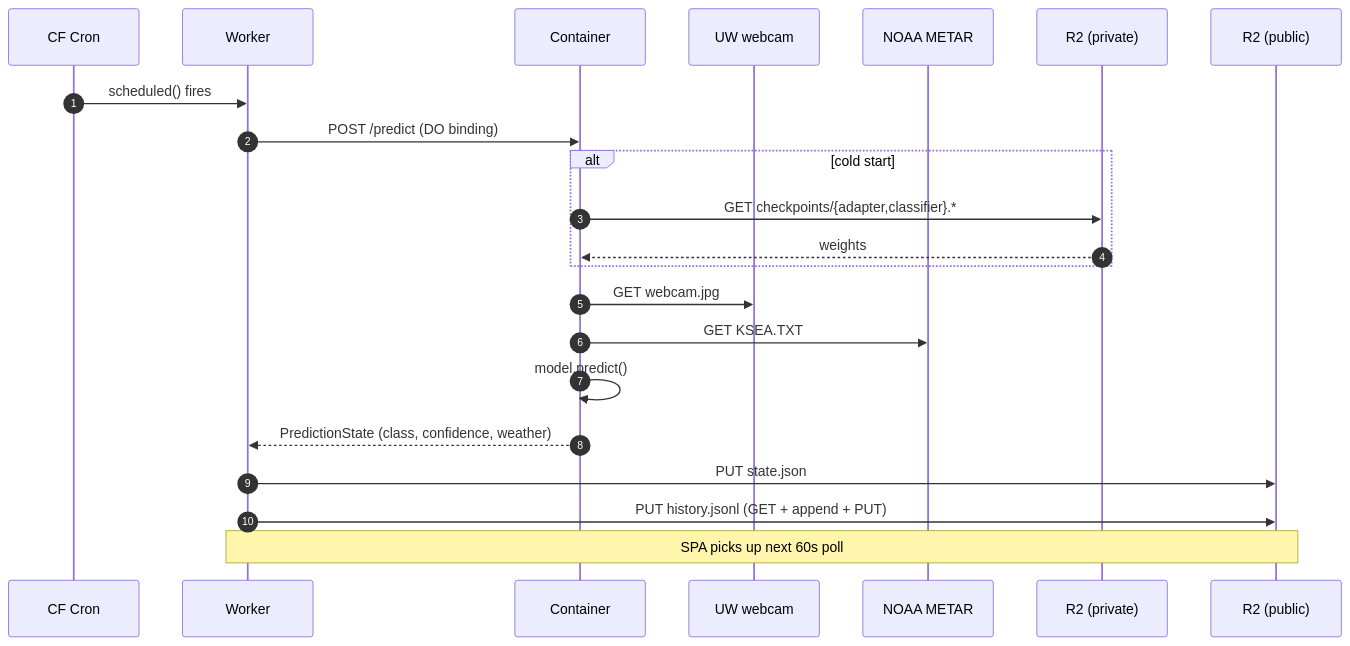
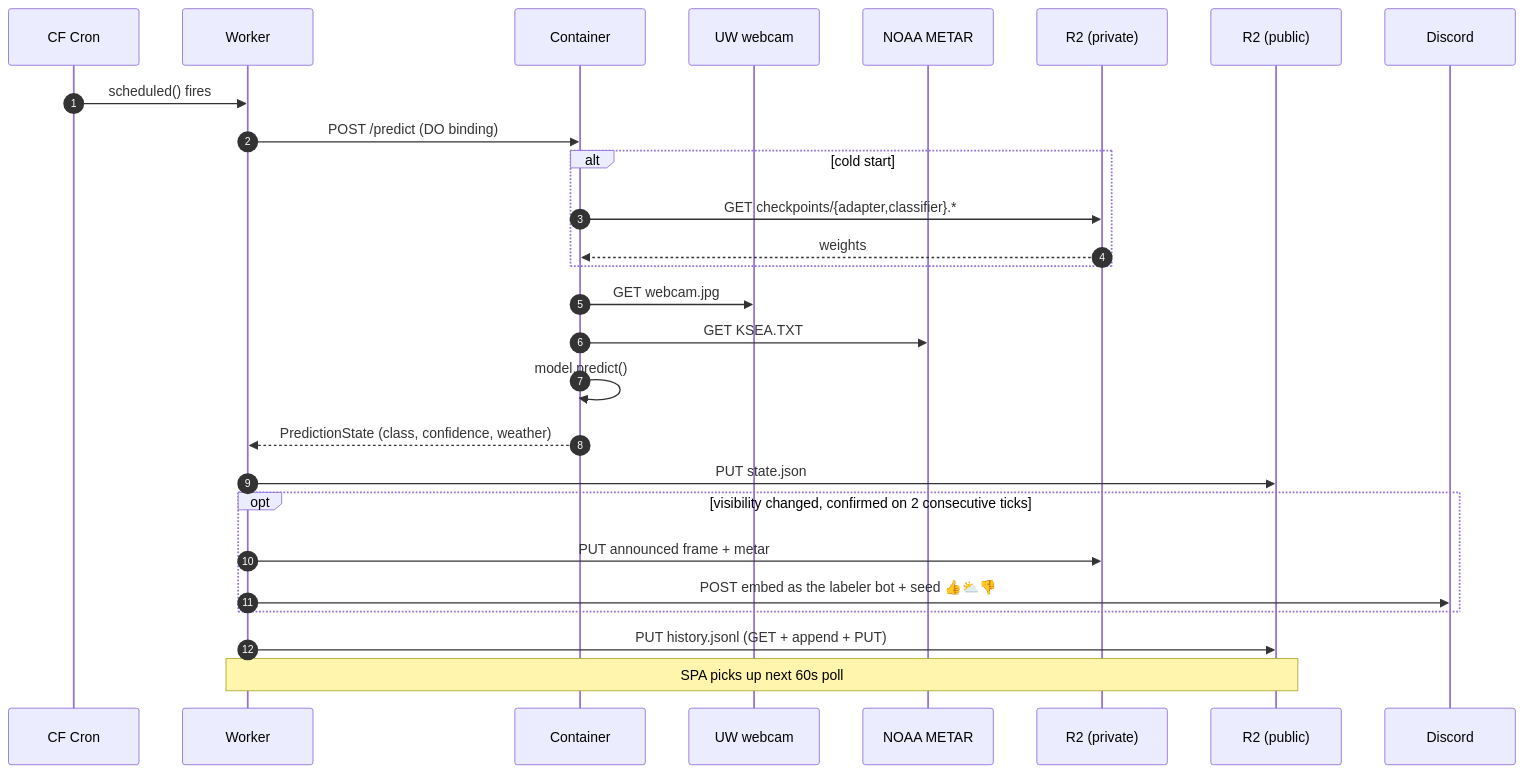
One commit to robogeosociety/is-the-mountain-out changed the second of 3 diagrams in README.md. Above: the diagram before and after it, drawn with Mermaid. The commit also changed other lines of this file and 14 other files, not shown here.

````diff
--- a/README.md
+++ b/README.md
@@ -54,25 +54,30 @@
 ```mermaid
 sequenceDiagram
   autonumber
   participant Cron as CF Cron
   participant W as Worker
   participant C as Container
   participant Cam as UW webcam
   participant M as NOAA METAR
   participant R2p as R2 (private)
   participant R2u as R2 (public)
+  participant D as Discord
 
   Cron->>W: scheduled() fires
   W->>C: POST /predict (DO binding)
   alt cold start
     C->>R2p: GET checkpoints/{adapter,classifier}.*
     R2p-->>C: weights
   end
   C->>Cam: GET webcam.jpg
   C->>M: GET KSEA.TXT
   C->>C: model.predict()
   C-->>W: PredictionState (class, confidence, weather)
   W->>R2u: PUT state.json
+  opt visibility changed, confirmed on 2 consecutive ticks
+    W->>R2p: PUT announced frame + metar
+    W->>D: POST embed as the labeler bot + seed 👍⛅👎
+  end
   W->>R2u: PUT history.jsonl (GET + append + PUT)
   Note over W,R2u: SPA picks up next 60s poll
 ```
````
